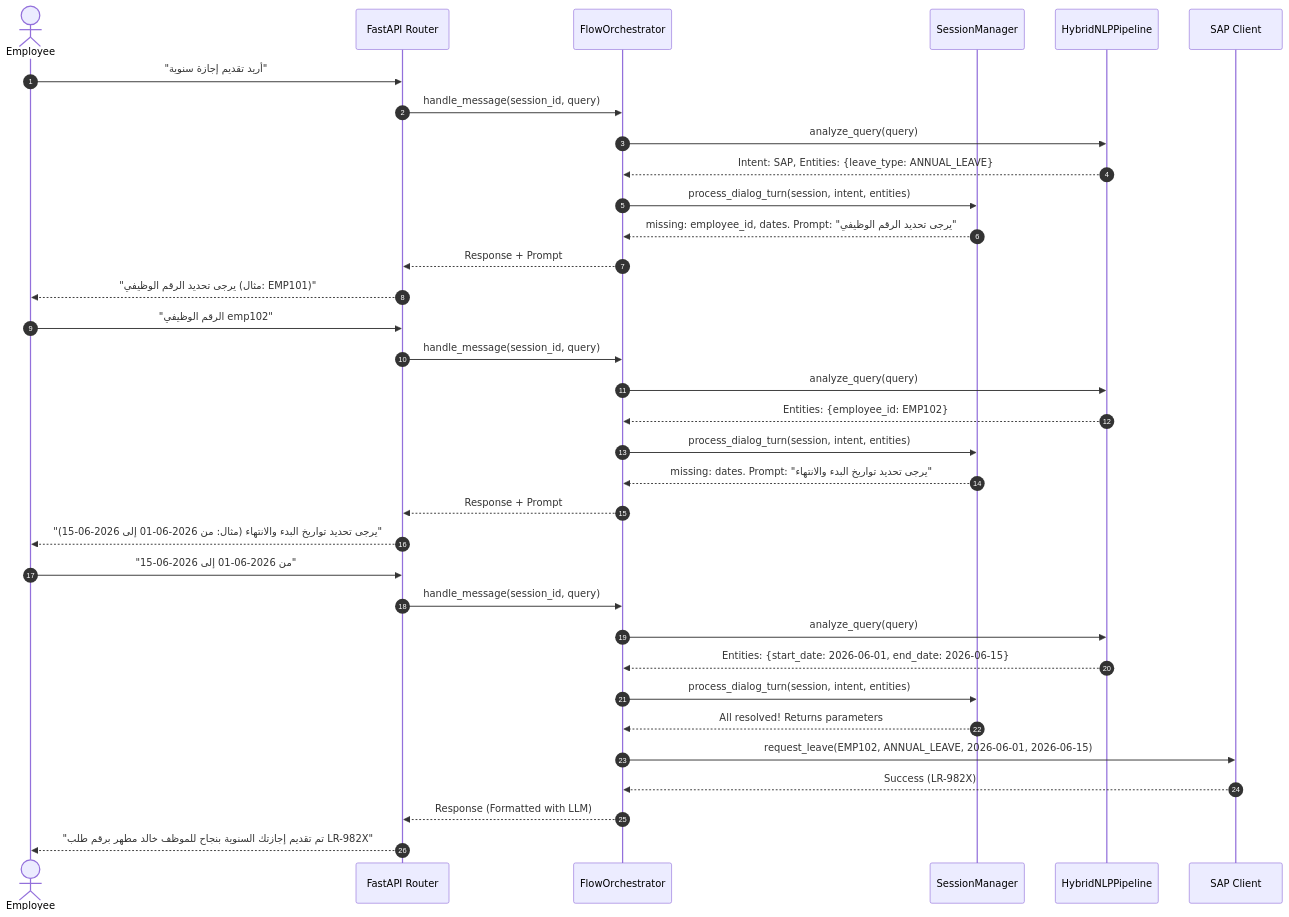
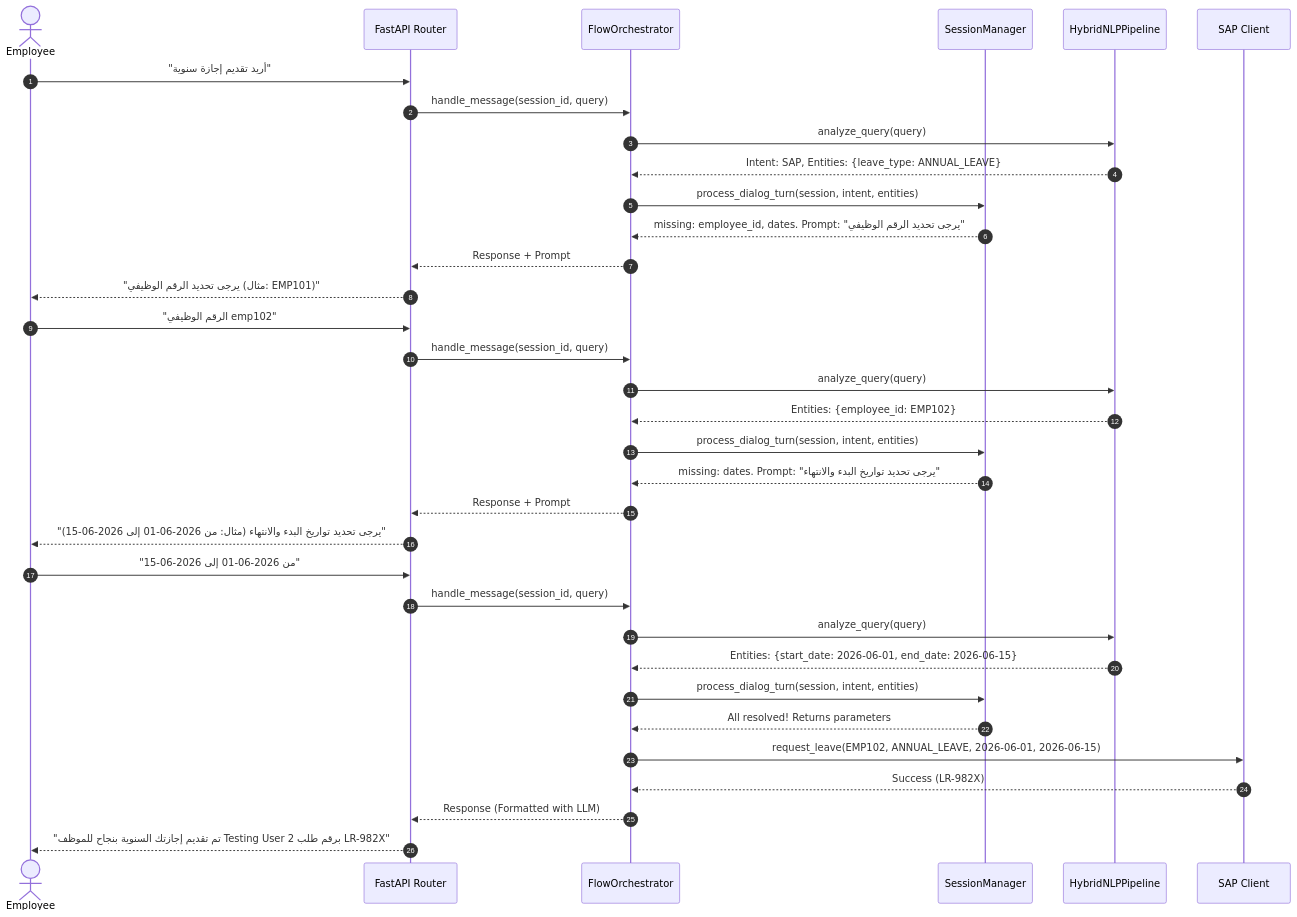
The second of 2 diagrams in README.md (Sharaf-AlFaqeeh/Ask-HR), drawn with Mermaid before and after one commit. The commit also changed 2 other files, not shown here.

````diff
--- a/README.md
+++ b/README.md
@@ -56,39 +56,39 @@
 ```mermaid
 sequenceDiagram
     autonumber
     actor User as Employee
     participant API as FastAPI Router
     participant Flow as FlowOrchestrator
     participant Session as SessionManager
     participant NLP as HybridNLPPipeline
     participant SAP as SAP Client
 
     User->>API: "أريد تقديم إجازة سنوية"
     API->>Flow: handle_message(session_id, query)
     Flow->>NLP: analyze_query(query)
     NLP-->>Flow: Intent: SAP, Entities: {leave_type: ANNUAL_LEAVE}
     Flow->>Session: process_dialog_turn(session, intent, entities)
     Session-->>Flow: missing: employee_id, dates. Prompt: "يرجى تحديد الرقم الوظيفي"
     Flow-->>API: Response + Prompt
     API-->>User: "يرجى تحديد الرقم الوظيفي (مثال: EMP101)"
 
     User->>API: "الرقم الوظيفي emp102"
     API->>Flow: handle_message(session_id, query)
     Flow->>NLP: analyze_query(query)
     NLP-->>Flow: Entities: {employee_id: EMP102}
     Flow->>Session: process_dialog_turn(session, intent, entities)
     Session-->>Flow: missing: dates. Prompt: "يرجى تحديد تواريخ البدء والانتهاء"
     Flow-->>API: Response + Prompt
     API-->>User: "يرجى تحديد تواريخ البدء والانتهاء (مثال: من 2026-06-01 إلى 2026-06-15)"
 
     User->>API: "من 2026-06-01 إلى 2026-06-15"
     API->>Flow: handle_message(session_id, query)
     Flow->>NLP: analyze_query(query)
     NLP-->>Flow: Entities: {start_date: 2026-06-01, end_date: 2026-06-15}
     Flow->>Session: process_dialog_turn(session, intent, entities)
     Session-->>Flow: All resolved! Returns parameters
     Flow->>SAP: request_leave(EMP102, ANNUAL_LEAVE, 2026-06-01, 2026-06-15)
     SAP-->>Flow: Success (LR-982X)
     Flow-->>API: Response (Formatted with LLM)
-    API-->>User: "تم تقديم إجازتك السنوية بنجاح للموظف خالد مطهر برقم طلب LR-982X"
+    API-->>User: "تم تقديم إجازتك السنوية بنجاح للموظف Testing User 2 برقم طلب LR-982X"
 ```
````
